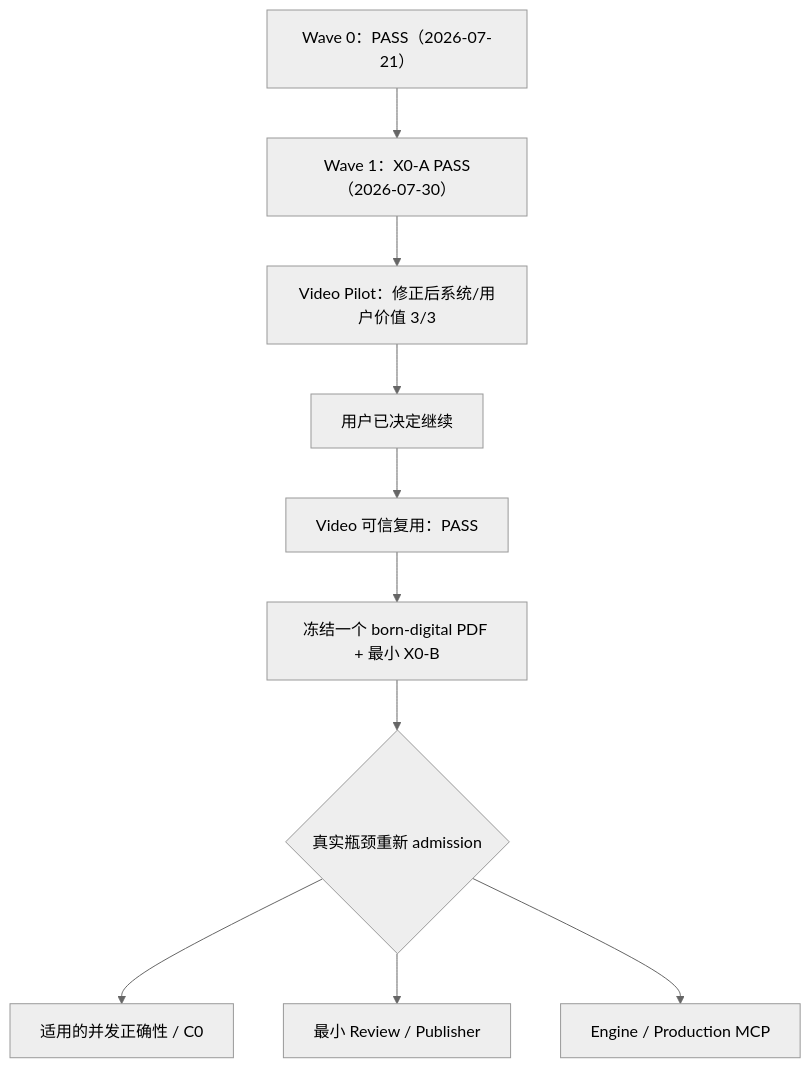
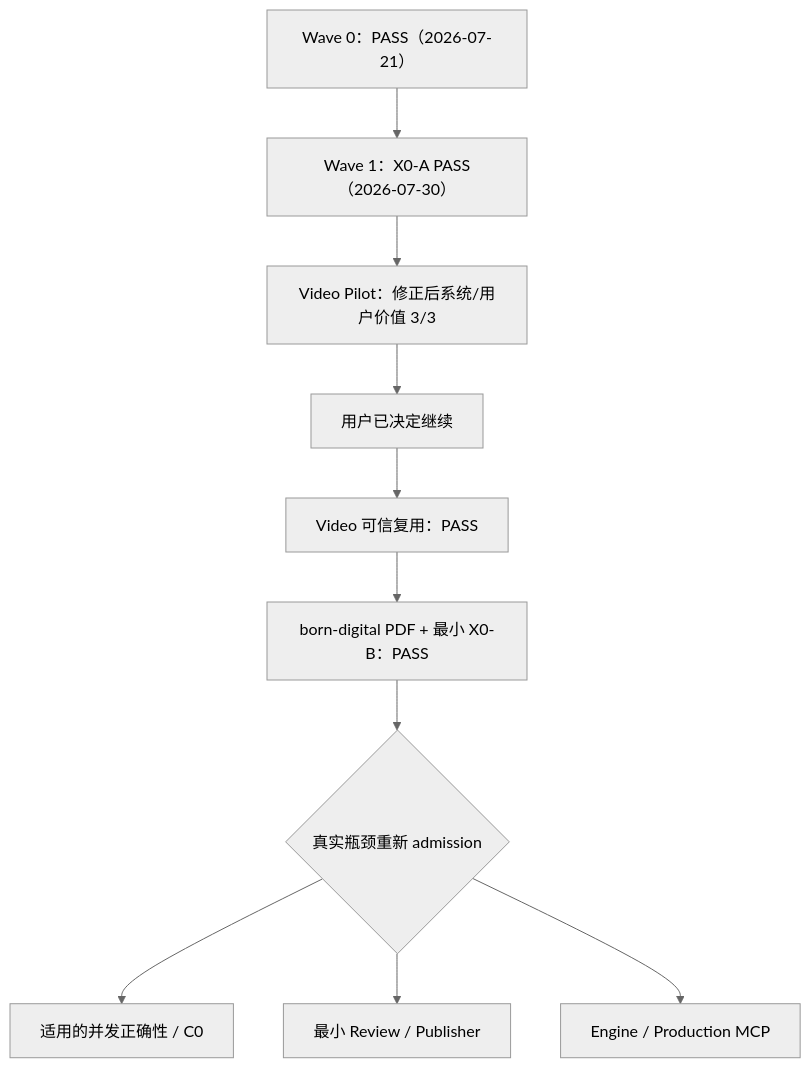
Before and after one commit to xrunmasterx/AllToNote: the diagram in docs/tasks/alltonote-master-tasks.md, drawn with Mermaid (neutral theme). The commit also changed other lines of this file and 52 other files, not shown here.

````diff
--- a/docs/tasks/alltonote-master-tasks.md
+++ b/docs/tasks/alltonote-master-tasks.md
@@ -754,12 +754,12 @@
 ```mermaid
 flowchart TD
     W0["Wave 0：PASS（2026-07-21）"] --> X0A["Wave 1：X0-A PASS（2026-07-30）"]
     X0A --> VD["Video Pilot：修正后系统/用户价值 3/3"]
     VD --> DEC["用户已决定继续"]
     DEC --> VR["Video 可信复用：PASS"]
-    VR --> PDF["冻结一个 born-digital PDF + 最小 X0-B"]
+    VR --> PDF["born-digital PDF + 最小 X0-B：PASS"]
     PDF --> ADMIT{"真实瓶颈重新 admission"}
     ADMIT --> C0["适用的并发正确性 / C0"]
     ADMIT --> ARP["最小 Review / Publisher"]
     ADMIT --> EN["Engine / Production MCP"]
 ```
````
